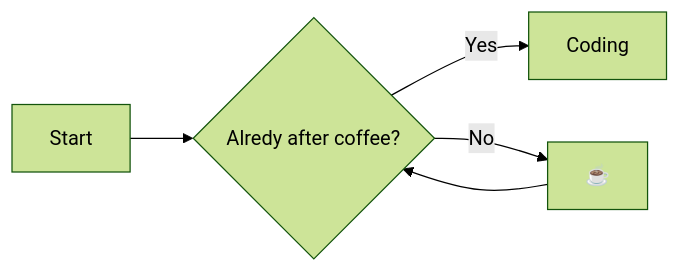
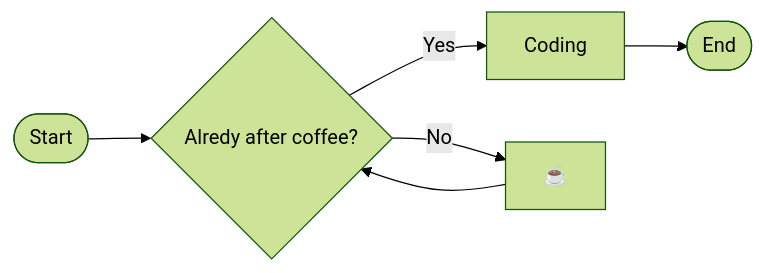
Before and after one commit to mat3e/mat3e: the diagram in README.md, drawn with Mermaid (forest theme).

Commit message:
Beautify diagram

````diff
--- a/README.md
+++ b/README.md
@@ -6,6 +6,12 @@
 ```mermaid
 flowchart LR
-    A[Start] --> B{Alredy after coffee?}
-    B -->|Yes| C[Coding]
-    B -->|No| D[☕️] --> B
+    Start([Start])
+    End([End])
+    Coffee{Alredy after coffee?}
+    Code[Coding]
+    DoCoffee[☕️]
+
+    Start --> Coffee
+    Coffee -- Yes --> Code --> End
+    Coffee -- No --> DoCoffee --> Coffee
 ```
````
